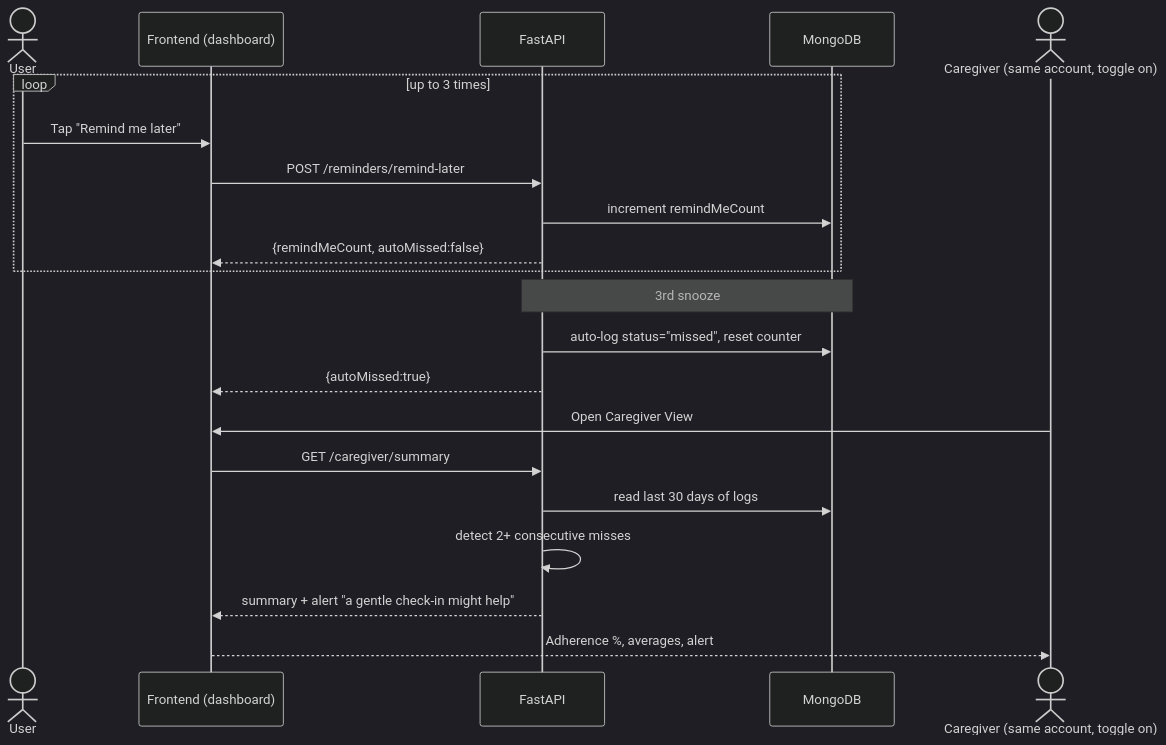
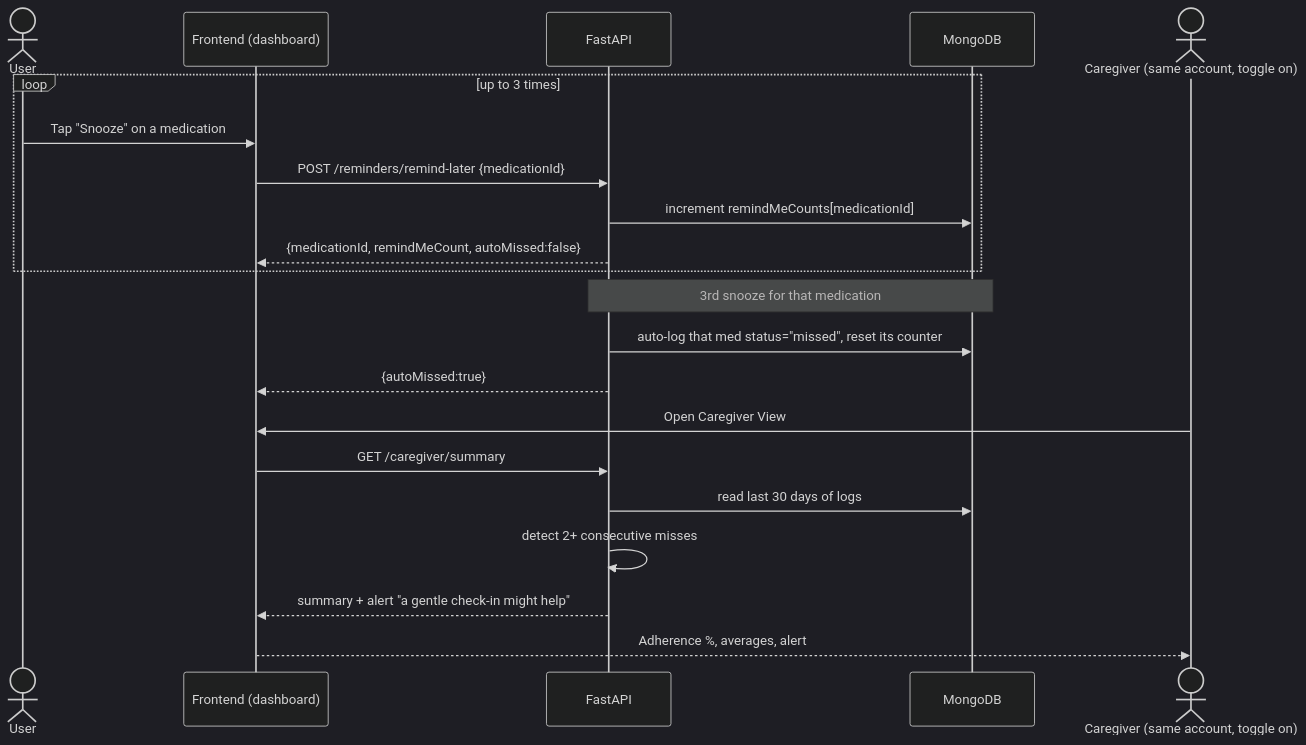
The seventh of 7 diagrams in README.md (sallonico/Attune-de9bc2d9), drawn with Mermaid (dark theme) before and after one commit. The commit also changed other lines of this file and 3 other files, not shown here.

````diff
--- a/README.md
+++ b/README.md
@@ -345,24 +301,24 @@
 ```mermaid
 sequenceDiagram
     actor U as User
     participant FE as Frontend (dashboard)
     participant API as FastAPI
     participant DB as MongoDB
     actor C as Caregiver (same account, toggle on)
 
     loop up to 3 times
-        U->>FE: Tap "Remind me later"
-        FE->>API: POST /reminders/remind-later
-        API->>DB: increment remindMeCount
-        API-->>FE: {remindMeCount, autoMissed:false}
+        U->>FE: Tap "Snooze" on a medication
+        FE->>API: POST /reminders/remind-later {medicationId}
+        API->>DB: increment remindMeCounts[medicationId]
+        API-->>FE: {medicationId, remindMeCount, autoMissed:false}
     end
-    Note over API,DB: 3rd snooze
-    API->>DB: auto-log status="missed", reset counter
+    Note over API,DB: 3rd snooze for that medication
+    API->>DB: auto-log that med status="missed", reset its counter
     API-->>FE: {autoMissed:true}
     C->>FE: Open Caregiver View
     FE->>API: GET /caregiver/summary
     API->>DB: read last 30 days of logs
     API->>API: detect 2+ consecutive misses
     API-->>FE: summary + alert "a gentle check-in might help"
     FE-->>C: Adherence %, averages, alert
 ```
````
